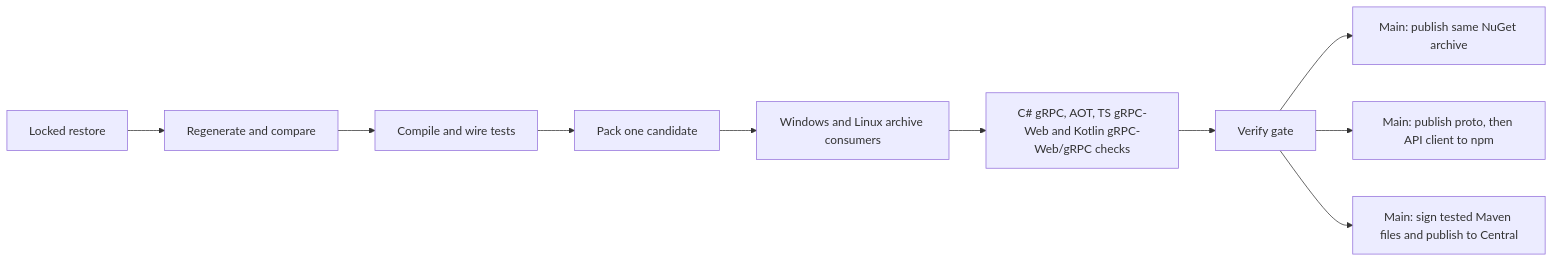
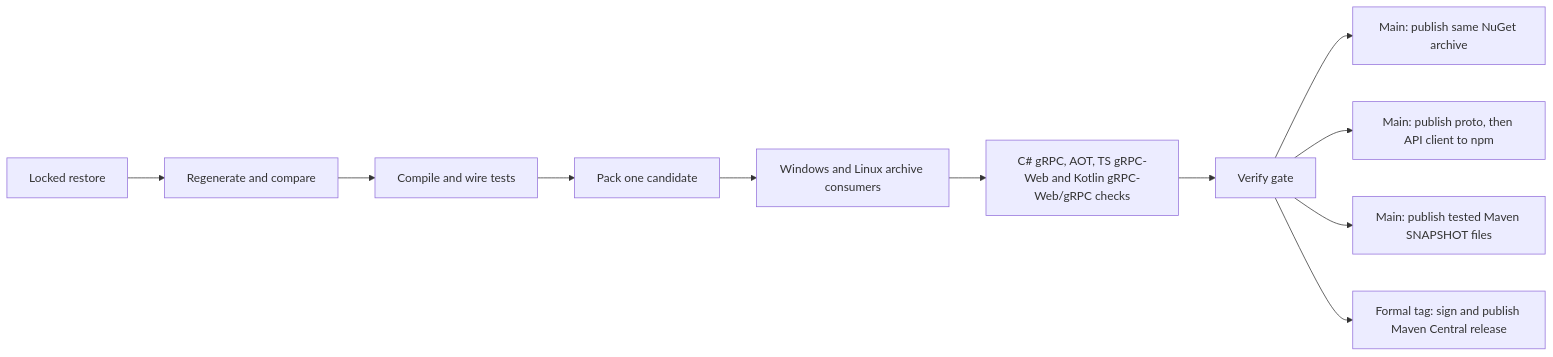
Before and after one commit to ArcForges/Contracts: the diagram in README.md, drawn with Mermaid. The commit also changed other lines of this file and 26 other files, not shown here.

````diff
--- a/README.md
+++ b/README.md
@@ -72,12 +72,13 @@
 ```mermaid
 flowchart LR
   A[Locked restore] --> B[Regenerate and compare]
   B --> C[Compile and wire tests]
   C --> D[Pack one candidate]
   D --> E[Windows and Linux archive consumers]
   E --> F[C# gRPC, AOT, TS gRPC-Web and Kotlin gRPC-Web/gRPC checks]
   F --> G[Verify gate]
   G --> H[Main: publish same NuGet archive]
   G --> I[Main: publish proto, then API client to npm]
-  G --> J[Main: sign tested Maven files and publish to Central]
+  G --> J[Main: publish tested Maven SNAPSHOT files]
+  G --> K[Formal tag: sign and publish Maven Central release]
 ```
````
